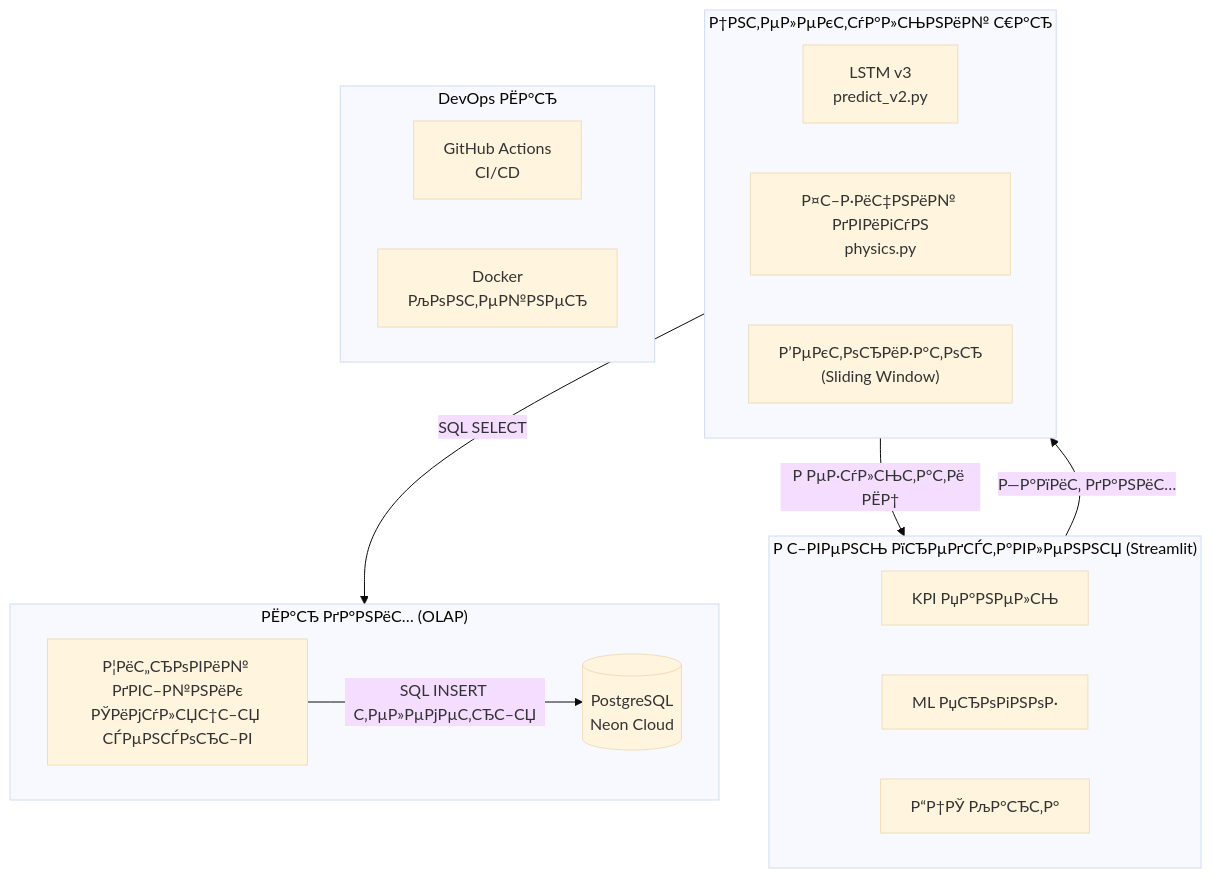
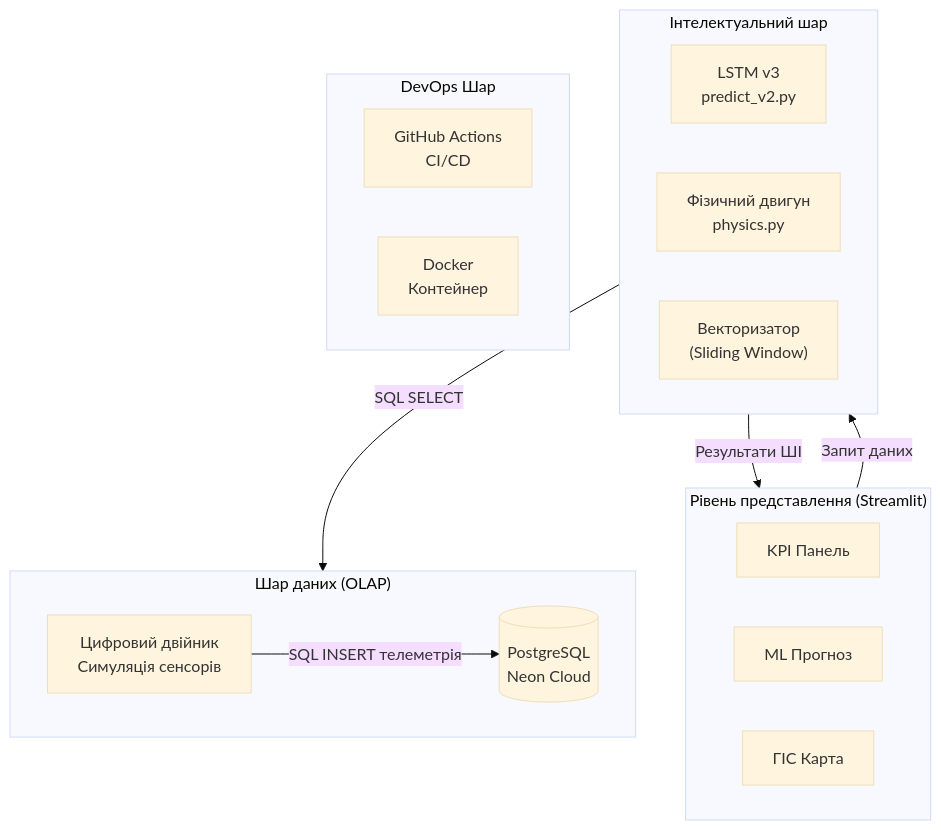
One commit to Lutvunenko-Dmutro/EnergyMonitor-OLAP changed the first of 4 diagrams in docs/thesis/THESIS_3_DESIGN_AND_IMPLEMENTATION_EXPANDED.md. Above: the diagram before and after it, drawn with Mermaid (base theme). The commit also changed other lines of this file and 10 other files, not shown here.

````diff
--- a/docs/thesis/THESIS_3_DESIGN_AND_IMPLEMENTATION_EXPANDED.md
+++ b/docs/thesis/THESIS_3_DESIGN_AND_IMPLEMENTATION_EXPANDED.md
@@ -8,33 +8,33 @@
 ```mermaid
 graph TB
-    subgraph UI["Р С–РІРµРЅСЊ РїСЂРµРґСЃС‚Р°РІР»РµРЅРЅСЏ (Streamlit)"]
+    subgraph UI["Рівень представлення (Streamlit)"]
         direction LR
-        A1["KPI РџР°РЅРµР»СЊ"]
-        A2["ML РџСЂРѕРіРЅРѕР·"]
-        A3["Р“Р†РЎ РљР°СЂС‚Р°"]
+        A1["KPI Панель"]
+        A2["ML Прогноз"]
+        A3["ГІС Карта"]
     end
 
-    subgraph CORE["Р†РЅС‚РµР»РµРєС‚СѓР°Р»СЊРЅРёР№ С€Р°СЂ"]
+    subgraph CORE["Інтелектуальний шар"]
         direction LR
         B1["LSTM v3\npredict_v2.py"]
-        B3["Р¤С–Р·РёС‡РЅРёР№ РґРІРёРіСѓРЅ\nphysics.py"]
-        B4["Р’РµРєС‚РѕСЂРёР·Р°С‚РѕСЂ\n(Sliding Window)"]
+        B3["Фізичний двигун\nphysics.py"]
+        B4["Векторизатор\n(Sliding Window)"]
     end
 
-    subgraph DATA["РЁР°СЂ РґР°РЅРёС… (OLAP)"]
+    subgraph DATA["Шар даних (OLAP)"]
         direction LR
         C1[("PostgreSQL\nNeon Cloud")]
-        C3["Р¦РёС„СЂРѕРІРёР№ РґРІС–Р№РЅРёРє\nРЎРёРјСѓР»СЏС†С–СЏ СЃРµРЅСЃРѕСЂС–РІ"]
+        C3["Цифровий двійник\nСимуляція сенсорів"]
     end
 
-    subgraph DEVOPS["DevOps РЁР°СЂ"]
+    subgraph DEVOPS["DevOps Шар"]
         direction LR
         D1["GitHub Actions\nCI/CD"]
-        D2["Docker\nРљРѕРЅС‚РµР№РЅРµСЂ"]
+        D2["Docker\nКонтейнер"]
     end
 
-    UI -->|"Р—Р°РїРёС‚ РґР°РЅРёС…"| CORE
+    UI -->|"Запит даних"| CORE
     CORE -->|"SQL SELECT"| DATA
-    C3 -->|"SQL INSERT С‚РµР»РµРјРµС‚СЂС–СЏ"| C1
-    B1 -->|"Р РµР·СѓР»СЊС‚Р°С‚Рё РЁР†"| UI
+    C3 -->|"SQL INSERT телеметрія"| C1
+    B1 -->|"Результати ШІ"| UI
 ```
````
